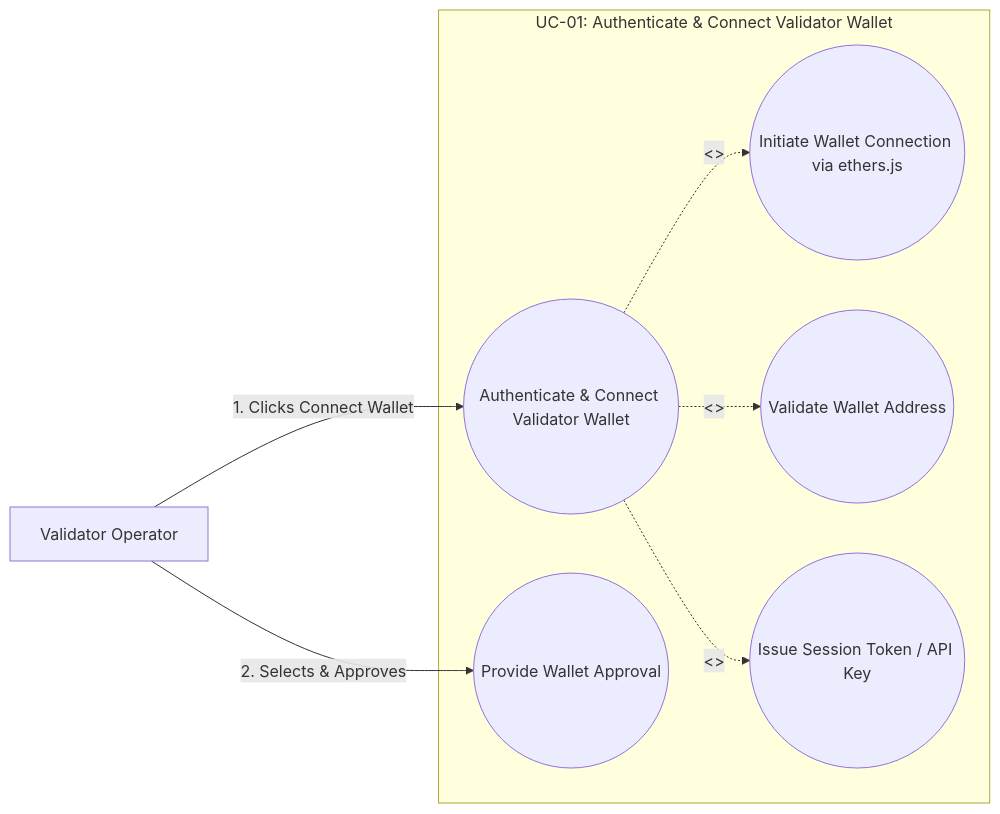
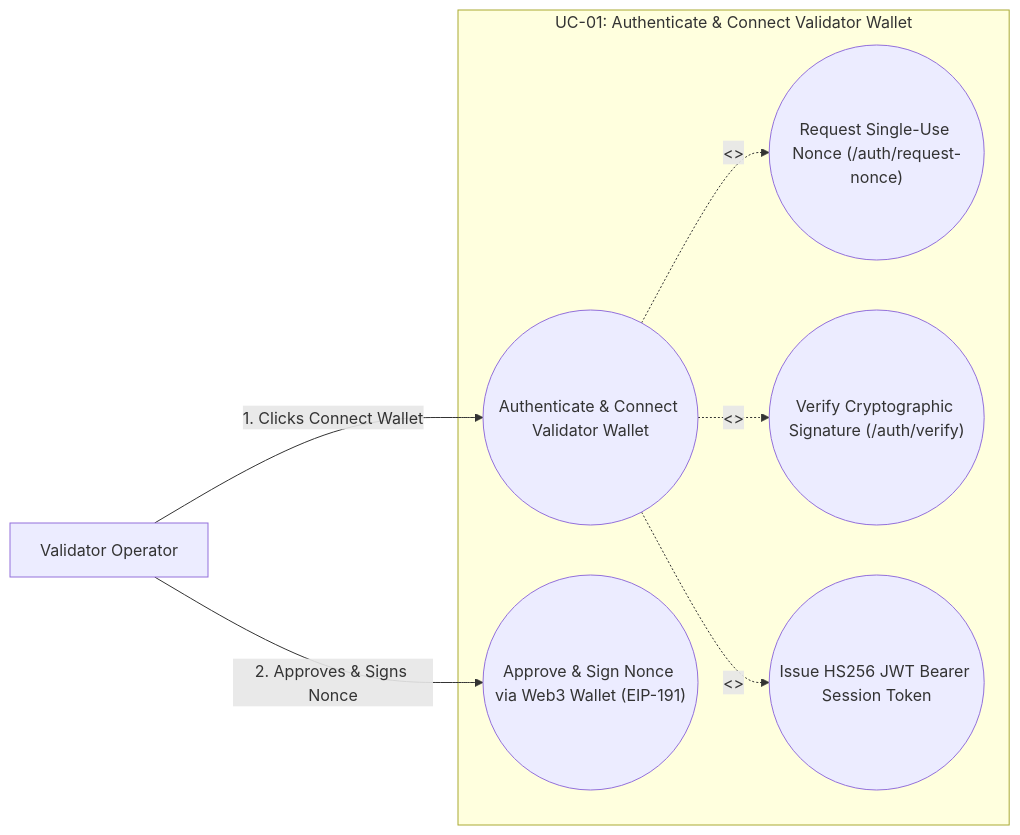
Before and after one commit to sheikhrehanseo/ValiGuard-Project-Main: the first of 23 diagrams in ValiGuard_Docs/ValiGuard_AI_Phase_1_Documentation.md, drawn with Mermaid. The commit also changed other lines of this file and 16 other files, not shown here.

````diff
--- a/ValiGuard_Docs/ValiGuard_AI_Phase_1_Documentation.md
+++ b/ValiGuard_Docs/ValiGuard_AI_Phase_1_Documentation.md
@@ -290,26 +290,26 @@
 ```mermaid
 flowchart LR
 
 %% Actor
 Operator[Validator Operator]
 
 %% System Boundary
 subgraph UC01["UC-01: Authenticate & Connect Validator Wallet"]
 
     UC01_Main(("Authenticate & Connect Validator Wallet"))
-    UC01_Step1(("Initiate Wallet Connection via ethers.js"))
-    UC01_Step2(("Provide Wallet Approval"))
-    UC01_Step3(("Validate Wallet Address"))
-    UC01_Step4(("Issue Session Token / API Key"))
+    UC01_Step1(("Request Single-Use Nonce (/auth/request-nonce)"))
+    UC01_Step2(("Approve & Sign Nonce via Web3 Wallet (EIP-191)"))
+    UC01_Step3(("Verify Cryptographic Signature (/auth/verify)"))
+    UC01_Step4(("Issue HS256 JWT Bearer Session Token"))
 
 end
 
 %% Actor Connections
 Operator -->|"1. Clicks Connect Wallet"| UC01_Main
-Operator -->|"2. Selects & Approves"| UC01_Step2
+Operator -->|"2. Approves & Signs Nonce"| UC01_Step2
 
 %% Include Relationships
 UC01_Main -. "<<include>>" .-> UC01_Step1
 UC01_Main -. "<<include>>" .-> UC01_Step3
 UC01_Main -. "<<include>>" .-> UC01_Step4
 ```
````
